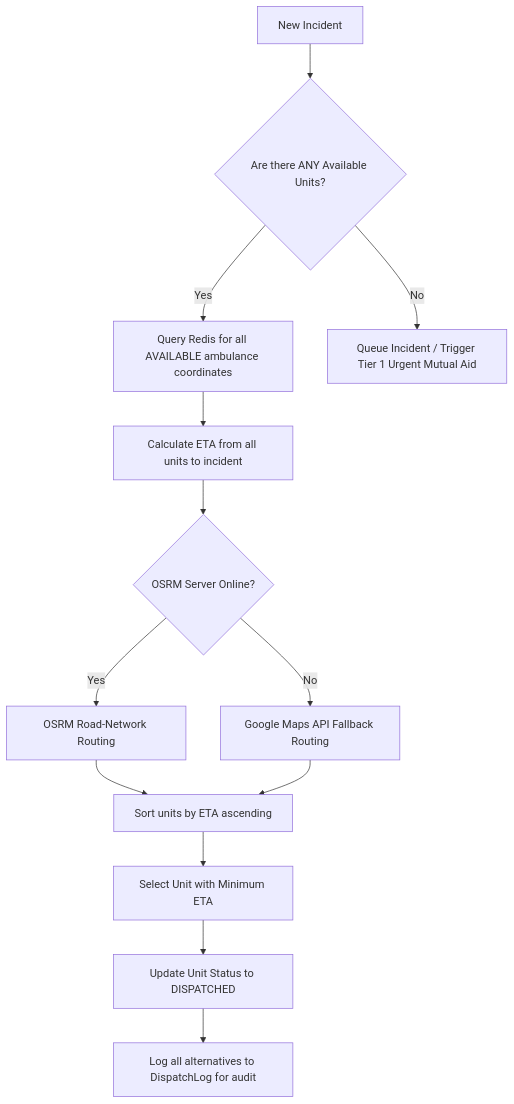
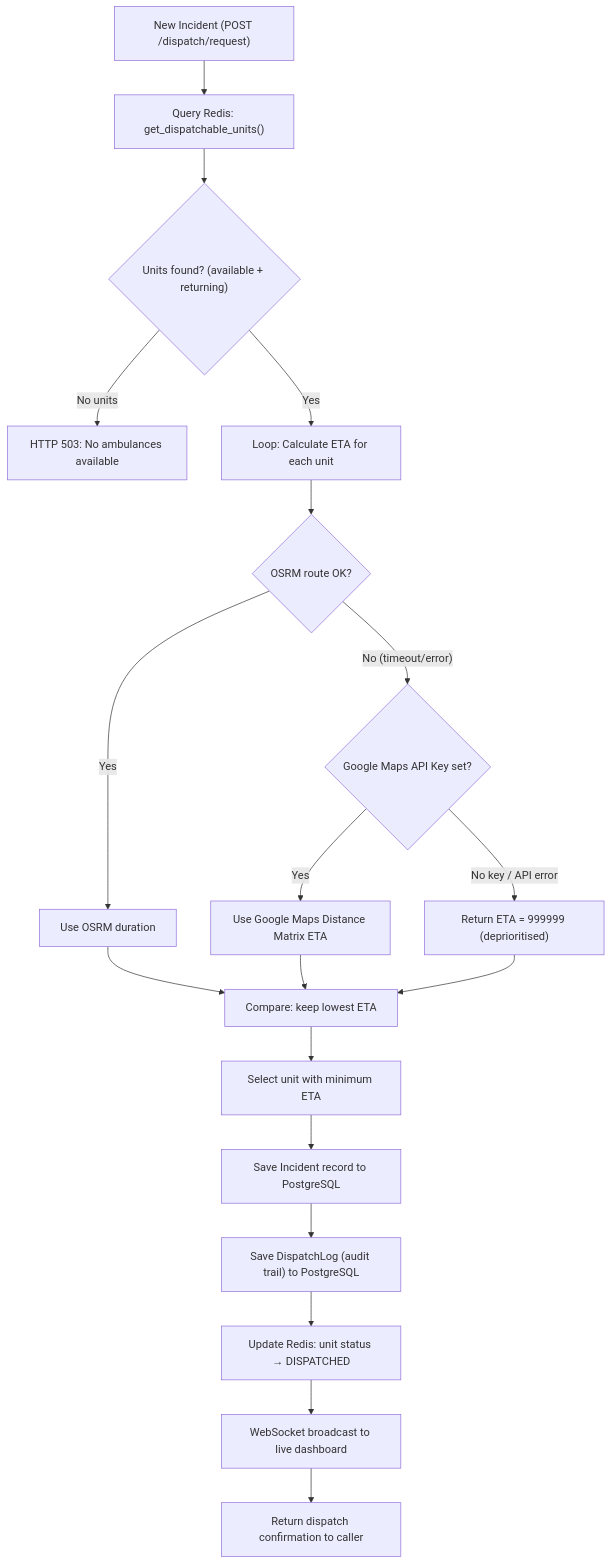
One commit to jhaksh-24/ResQ_backend changed the fourth of 4 diagrams in README.md. Above: the diagram before and after it, drawn with Mermaid.

Commit message:
docs: fix dispatch flow - add Postgres writes, Redis update, WebSocket broadcast, and dual fallback

````diff
--- a/README.md
+++ b/README.md
@@ -169,19 +169,24 @@
 ```mermaid
 graph TD
-    A[New Incident] --> B{Are there ANY Available Units?}
-    B -- Yes --> C[Query Redis for all AVAILABLE ambulance coordinates]
-    B -- No --> D[Queue Incident / Trigger Tier 1 Urgent Mutual Aid]
-    
-    C --> E[Calculate ETA from all units to incident]
-    E --> F{OSRM Server Online?}
-    
-    F -- Yes --> G[OSRM Road-Network Routing]
-    F -- No --> H[Google Maps API Fallback Routing]
-    
-    G --> I[Sort units by ETA ascending]
-    H --> I
-    
-    I --> J[Select Unit with Minimum ETA]
-    J --> K[Update Unit Status to DISPATCHED]
-    K --> L[Log all alternatives to DispatchLog for audit]
+    A["New Incident (POST /dispatch/request)"] --> B["Query Redis: get_dispatchable_units()"]
+    B --> C{"Units found? (available + returning)"}
+    C -- "No units" --> D["HTTP 503: No ambulances available"]
+    C -- "Yes" --> E["Loop: Calculate ETA for each unit"]
+
+    E --> F{"OSRM route OK?"}
+    F -- "Yes" --> G["Use OSRM duration"]
+    F -- "No (timeout/error)" --> H{"Google Maps API Key set?"}
+    H -- "Yes" --> I["Use Google Maps Distance Matrix ETA"]
+    H -- "No key / API error" --> J["Return ETA = 999999 (deprioritised)"]
+
+    G --> K["Compare: keep lowest ETA"]
+    I --> K
+    J --> K
+
+    K --> L["Select unit with minimum ETA"]
+    L --> M["Save Incident record to PostgreSQL"]
+    M --> N["Save DispatchLog (audit trail) to PostgreSQL"]
+    N --> O["Update Redis: unit status → DISPATCHED"]
+    O --> P["WebSocket broadcast to live dashboard"]
+    P --> Q["Return dispatch confirmation to caller"]
 ```
````
